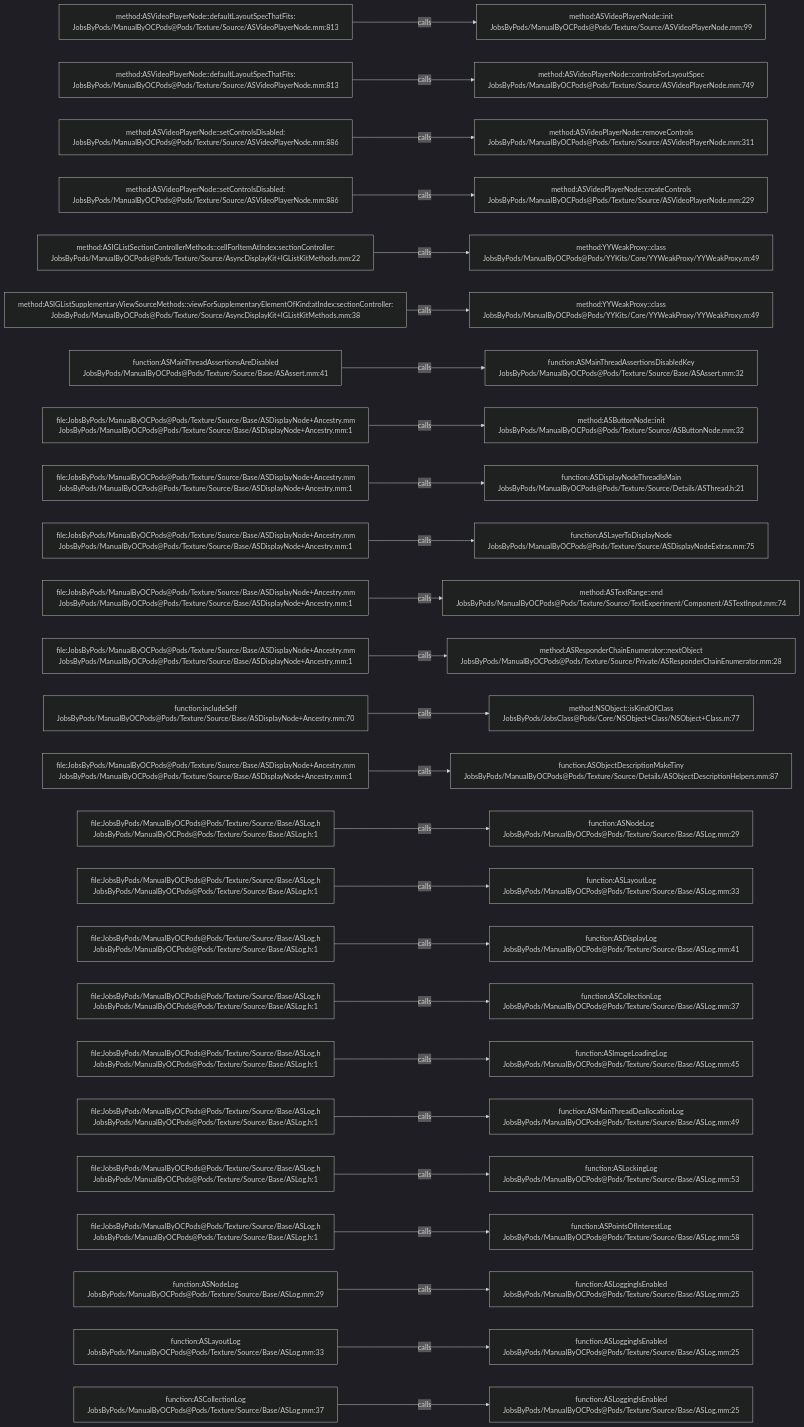
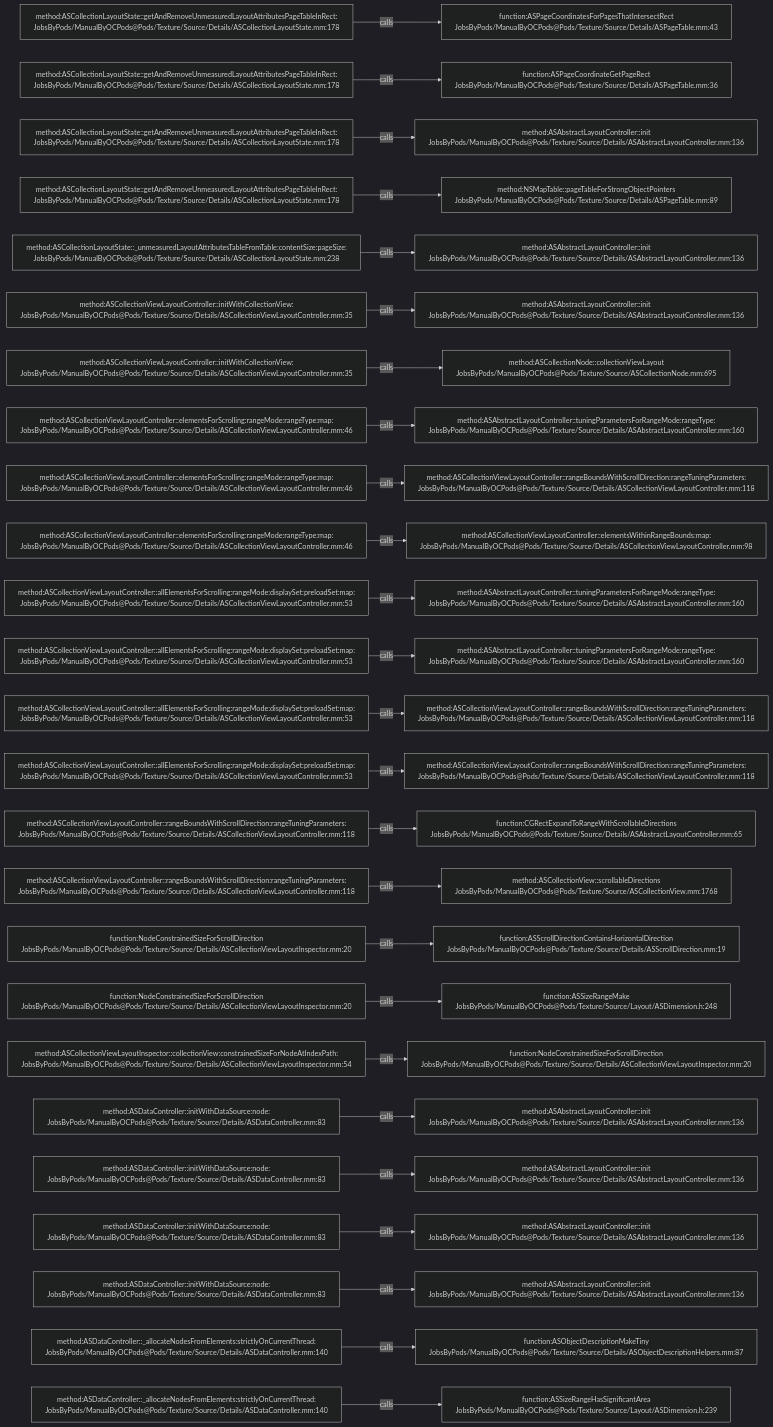
Before and after one commit to JobsKits/JobsOCBaseConfigDemo: the diagram in .codegraph/codegraph.md/graphs/calls-155.md, drawn with Mermaid (dark theme). The commit also changed 1223 other files, not shown here.

````diff
--- a/.codegraph/codegraph.md/graphs/calls-155.md
+++ b/.codegraph/codegraph.md/graphs/calls-155.md
@@ -13,78 +13,78 @@
 ```mermaid
 flowchart LR
-  S1["method:ASVideoPlayerNode::defaultLayoutSpecThatFits:<br/>JobsByPods/ManualByOCPods@Pods/Texture/Source/ASVideoPlayerNode.mm:813"]
-  T1["method:ASVideoPlayerNode::init<br/>JobsByPods/ManualByOCPods@Pods/Texture/Source/ASVideoPlayerNode.mm:99"]
+  S1["method:ASCollectionLayoutState::getAndRemoveUnmeasuredLayoutAttributesPageTableInRect:<br/>JobsByPods/ManualByOCPods@Pods/Texture/Source/Details/ASCollectionLayoutState.mm:178"]
+  T1["function:ASPageCoordinatesForPagesThatIntersectRect<br/>JobsByPods/ManualByOCPods@Pods/Texture/Source/Details/ASPageTable.mm:43"]
   S1 -->|calls| T1
-  S2["method:ASVideoPlayerNode::defaultLayoutSpecThatFits:<br/>JobsByPods/ManualByOCPods@Pods/Texture/Source/ASVideoPlayerNode.mm:813"]
-  T2["method:ASVideoPlayerNode::controlsForLayoutSpec<br/>JobsByPods/ManualByOCPods@Pods/Texture/Source/ASVideoPlayerNode.mm:749"]
+  S2["method:ASCollectionLayoutState::getAndRemoveUnmeasuredLayoutAttributesPageTableInRect:<br/>JobsByPods/ManualByOCPods@Pods/Texture/Source/Details/ASCollectionLayoutState.mm:178"]
+  T2["function:ASPageCoordinateGetPageRect<br/>JobsByPods/ManualByOCPods@Pods/Texture/Source/Details/ASPageTable.mm:36"]
   S2 -->|calls| T2
-  S3["method:ASVideoPlayerNode::setControlsDisabled:<br/>JobsByPods/ManualByOCPods@Pods/Texture/Source/ASVideoPlayerNode.mm:886"]
-  T3["method:ASVideoPlayerNode::removeControls<br/>JobsByPods/ManualByOCPods@Pods/Texture/Source/ASVideoPlayerNode.mm:311"]
+  S3["method:ASCollectionLayoutState::getAndRemoveUnmeasuredLayoutAttributesPageTableInRect:<br/>JobsByPods/ManualByOCPods@Pods/Texture/Source/Details/ASCollectionLayoutState.mm:178"]
+  T3["method:ASAbstractLayoutController::init<br/>JobsByPods/ManualByOCPods@Pods/Texture/Source/Details/ASAbstractLayoutController.mm:136"]
   S3 -->|calls| T3
-  S4["method:ASVideoPlayerNode::setControlsDisabled:<br/>JobsByPods/ManualByOCPods@Pods/Texture/Source/ASVideoPlayerNode.mm:886"]
-  T4["method:ASVideoPlayerNode::createControls<br/>JobsByPods/ManualByOCPods@Pods/Texture/Source/ASVideoPlayerNode.mm:229"]
+  S4["method:ASCollectionLayoutState::getAndRemoveUnmeasuredLayoutAttributesPageTableInRect:<br/>JobsByPods/ManualByOCPods@Pods/Texture/Source/Details/ASCollectionLayoutState.mm:178"]
+  T4["method:NSMapTable::pageTableForStrongObjectPointers<br/>JobsByPods/ManualByOCPods@Pods/Texture/Source/Details/ASPageTable.mm:89"]
   S4 -->|calls| T4
-  S5["method:ASIGListSectionControllerMethods::cellForItemAtIndex:sectionController:<br/>JobsByPods/ManualByOCPods@Pods/Texture/Source/AsyncDisplayKit+IGListKitMethods.mm:22"]
-  T5["method:YYWeakProxy::class<br/>JobsByPods/ManualByOCPods@Pods/YYKits/Core/YYWeakProxy/YYWeakProxy.m:49"]
+  S5["method:ASCollectionLayoutState::_unmeasuredLayoutAttributesTableFromTable:contentSize:pageSize:<br/>JobsByPods/ManualByOCPods@Pods/Texture/Source/Details/ASCollectionLayoutState.mm:238"]
+  T5["method:ASAbstractLayoutController::init<br/>JobsByPods/ManualByOCPods@Pods/Texture/Source/Details/ASAbstractLayoutController.mm:136"]
   S5 -->|calls| T5
-  S6["method:ASIGListSupplementaryViewSourceMethods::viewForSupplementaryElementOfKind:atIndex:sectionController:<br/>JobsByPods/ManualByOCPods@Pods/Texture/Source/AsyncDisplayKit+IGListKitMethods.mm:38"]
-  T6["method:YYWeakProxy::class<br/>JobsByPods/ManualByOCPods@Pods/YYKits/Core/YYWeakProxy/YYWeakProxy.m:49"]
+  S6["method:ASCollectionViewLayoutController::initWithCollectionView:<br/>JobsByPods/ManualByOCPods@Pods/Texture/Source/Details/ASCollectionViewLayoutController.mm:35"]
+  T6["method:ASAbstractLayoutController::init<br/>JobsByPods/ManualByOCPods@Pods/Texture/Source/Details/ASAbstractLayoutController.mm:136"]
   S6 -->|calls| T6
-  S7["function:ASMainThreadAssertionsAreDisabled<br/>JobsByPods/ManualByOCPods@Pods/Texture/Source/Base/ASAssert.mm:41"]
-  T7["function:ASMainThreadAssertionsDisabledKey<br/>JobsByPods/ManualByOCPods@Pods/Texture/Source/Base/ASAssert.mm:32"]
+  S7["method:ASCollectionViewLayoutController::initWithCollectionView:<br/>JobsByPods/ManualByOCPods@Pods/Texture/Source/Details/ASCollectionViewLayoutController.mm:35"]
+  T7["method:ASCollectionNode::collectionViewLayout<br/>JobsByPods/ManualByOCPods@Pods/Texture/Source/ASCollectionNode.mm:695"]
   S7 -->|calls| T7
-  S8["file:JobsByPods/ManualByOCPods@Pods/Texture/Source/Base/ASDisplayNode+Ancestry.mm<br/>JobsByPods/ManualByOCPods@Pods/Texture/Source/Base/ASDisplayNode+Ancestry.mm:1"]
-  T8["method:ASButtonNode::init<br/>JobsByPods/ManualByOCPods@Pods/Texture/Source/ASButtonNode.mm:32"]
+  S8["method:ASCollectionViewLayoutController::elementsForScrolling:rangeMode:rangeType:map:<br/>JobsByPods/ManualByOCPods@Pods/Texture/Source/Details/ASCollectionViewLayoutController.mm:46"]
+  T8["method:ASAbstractLayoutController::tuningParametersForRangeMode:rangeType:<br/>JobsByPods/ManualByOCPods@Pods/Texture/Source/Details/ASAbstractLayoutController.mm:160"]
   S8 -->|calls| T8
-  S9["file:JobsByPods/ManualByOCPods@Pods/Texture/Source/Base/ASDisplayNode+Ancestry.mm<br/>JobsByPods/ManualByOCPods@Pods/Texture/Source/Base/ASDisplayNode+Ancestry.mm:1"]
-  T9["function:ASDisplayNodeThreadIsMain<br/>JobsByPods/ManualByOCPods@Pods/Texture/Source/Details/ASThread.h:21"]
+  S9["method:ASCollectionViewLayoutController::elementsForScrolling:rangeMode:rangeType:map:<br/>JobsByPods/ManualByOCPods@Pods/Texture/Source/Details/ASCollectionViewLayoutController.mm:46"]
+  T9["method:ASCollectionViewLayoutController::rangeBoundsWithScrollDirection:rangeTuningParameters:<br/>JobsByPods/ManualByOCPods@Pods/Texture/Source/Details/ASCollectionViewLayoutController.mm:118"]
   S9 -->|calls| T9
-  S10["file:JobsByPods/ManualByOCPods@Pods/Texture/Source/Base/ASDisplayNode+Ancestry.mm<br/>JobsByPods/ManualByOCPods@Pods/Texture/Source/Base/ASDisplayNode+Ancestry.mm:1"]
-  T10["function:ASLayerToDisplayNode<br/>JobsByPods/ManualByOCPods@Pods/Texture/Source/ASDisplayNodeExtras.mm:75"]
+  S10["method:ASCollectionViewLayoutController::elementsForScrolling:rangeMode:rangeType:map:<br/>JobsByPods/ManualByOCPods@Pods/Texture/Source/Details/ASCollectionViewLayoutController.mm:46"]
+  T10["method:ASCollectionViewLayoutController::elementsWithinRangeBounds:map:<br/>JobsByPods/ManualByOCPods@Pods/Texture/Source/Details/ASCollectionViewLayoutController.mm:98"]
   S10 -->|calls| T10
-  S11["file:JobsByPods/ManualByOCPods@Pods/Texture/Source/Base/ASDisplayNode+Ancestry.mm<br/>JobsByPods/ManualByOCPods@Pods/Texture/Source/Base/ASDisplayNode+Ancestry.mm:1"]
-  T11["method:ASTextRange::end<br/>JobsByPods/ManualByOCPods@Pods/Texture/Source/TextExperiment/Component/ASTextInput.mm:74"]
+  S11["method:ASCollectionViewLayoutController::allElementsForScrolling:rangeMode:displaySet:preloadSet:map:<br/>JobsByPods/ManualByOCPods@Pods/Texture/Source/Details/ASCollectionViewLayoutController.mm:53"]
+  T11["method:ASAbstractLayoutController::tuningParametersForRangeMode:rangeType:<br/>JobsByPods/ManualByOCPods@Pods/Texture/Source/Details/ASAbstractLayoutController.mm:160"]
   S11 -->|calls| T11
-  S12["file:JobsByPods/ManualByOCPods@Pods/Texture/Source/Base/ASDisplayNode+Ancestry.mm<br/>JobsByPods/ManualByOCPods@Pods/Texture/Source/Base/ASDisplayNode+Ancestry.mm:1"]
-  T12["method:ASResponderChainEnumerator::nextObject<br/>JobsByPods/ManualByOCPods@Pods/Texture/Source/Private/ASResponderChainEnumerator.mm:28"]
+  S12["method:ASCollectionViewLayoutController::allElementsForScrolling:rangeMode:displaySet:preloadSet:map:<br/>JobsByPods/ManualByOCPods@Pods/Texture/Source/Details/ASCollectionViewLayoutController.mm:53"]
+  T12["method:ASAbstractLayoutController::tuningParametersForRangeMode:rangeType:<br/>JobsByPods/ManualByOCPods@Pods/Texture/Source/Details/ASAbstractLayoutController.mm:160"]
   S12 -->|calls| T12
-  S13["function:includeSelf<br/>JobsByPods/ManualByOCPods@Pods/Texture/Source/Base/ASDisplayNode+Ancestry.mm:70"]
-  T13["method:NSObject::isKindOfClass<br/>JobsByPods/JobsClass@Pods/Core/NSObject+Class/NSObject+Class.m:77"]
+  S13["method:ASCollectionViewLayoutController::allElementsForScrolling:rangeMode:displaySet:preloadSet:map:<br/>JobsByPods/ManualByOCPods@Pods/Texture/Source/Details/ASCollectionViewLayoutController.mm:53"]
+  T13["method:ASCollectionViewLayoutController::rangeBoundsWithScrollDirection:rangeTuningParameters:<br/>JobsByPods/ManualByOCPods@Pods/Texture/Source/Details/ASCollectionViewLayoutController.mm:118"]
   S13 -->|calls| T13
-  S14["file:JobsByPods/ManualByOCPods@Pods/Texture/Source/Base/ASDisplayNode+Ancestry.mm<br/>JobsByPods/ManualByOCPods@Pods/Texture/Source/Base/ASDisplayNode+Ancestry.mm:1"]
-  T14["function:ASObjectDescriptionMakeTiny<br/>JobsByPods/ManualByOCPods@Pods/Texture/Source/Details/ASObjectDescriptionHelpers.mm:87"]
+  S14["method:ASCollectionViewLayoutController::allElementsForScrolling:rangeMode:displaySet:preloadSet:map:<br/>JobsByPods/ManualByOCPods@Pods/Texture/Source/Details/ASCollectionViewLayoutController.mm:53"]
+  T14["method:ASCollectionViewLayoutController::rangeBoundsWithScrollDirection:rangeTuningParameters:<br/>JobsByPods/ManualByOCPods@Pods/Texture/Source/Details/ASCollectionViewLayoutController.mm:118"]
   S14 -->|calls| T14
-  S15["file:JobsByPods/ManualByOCPods@Pods/Texture/Source/Base/ASLog.h<br/>JobsByPods/ManualByOCPods@Pods/Texture/Source/Base/ASLog.h:1"]
-  T15["function:ASNodeLog<br/>JobsByPods/ManualByOCPods@Pods/Texture/Source/Base/ASLog.mm:29"]
+  S15["method:ASCollectionViewLayoutController::rangeBoundsWithScrollDirection:rangeTuningParameters:<br/>JobsByPods/ManualByOCPods@Pods/Texture/Source/Details/ASCollectionViewLayoutController.mm:118"]
+  T15["function:CGRectExpandToRangeWithScrollableDirections<br/>JobsByPods/ManualByOCPods@Pods/Texture/Source/Details/ASAbstractLayoutController.mm:65"]
   S15 -->|calls| T15
-  S16["file:JobsByPods/ManualByOCPods@Pods/Texture/Source/Base/ASLog.h<br/>JobsByPods/ManualByOCPods@Pods/Texture/Source/Base/ASLog.h:1"]
-  T16["function:ASLayoutLog<br/>JobsByPods/ManualByOCPods@Pods/Texture/Source/Base/ASLog.mm:33"]
+  S16["method:ASCollectionViewLayoutController::rangeBoundsWithScrollDirection:rangeTuningParameters:<br/>JobsByPods/ManualByOCPods@Pods/Texture/Source/Details/ASCollectionViewLayoutController.mm:118"]
+  T16["method:ASCollectionView::scrollableDirections<br/>JobsByPods/ManualByOCPods@Pods/Texture/Source/ASCollectionView.mm:1768"]
   S16 -->|calls| T16
-  S17["file:JobsByPods/ManualByOCPods@Pods/Texture/Source/Base/ASLog.h<br/>JobsByPods/ManualByOCPods@Pods/Texture/Source/Base/ASLog.h:1"]
-  T17["function:ASDisplayLog<br/>JobsByPods/ManualByOCPods@Pods/Texture/Source/Base/ASLog.mm:41"]
+  S17["function:NodeConstrainedSizeForScrollDirection<br/>JobsByPods/ManualByOCPods@Pods/Texture/Source/Details/ASCollectionViewLayoutInspector.mm:20"]
+  T17["function:ASScrollDirectionContainsHorizontalDirection<br/>JobsByPods/ManualByOCPods@Pods/Texture/Source/Details/ASScrollDirection.mm:19"]
   S17 -->|calls| T17
-  S18["file:JobsByPods/ManualByOCPods@Pods/Texture/Source/Base/ASLog.h<br/>JobsByPods/ManualByOCPods@Pods/Texture/Source/Base/ASLog.h:1"]
-  T18["function:ASCollectionLog<br/>JobsByPods/ManualByOCPods@Pods/Texture/Source/Base/ASLog.mm:37"]
+  S18["function:NodeConstrainedSizeForScrollDirection<br/>JobsByPods/ManualByOCPods@Pods/Texture/Source/Details/ASCollectionViewLayoutInspector.mm:20"]
+  T18["function:ASSizeRangeMake<br/>JobsByPods/ManualByOCPods@Pods/Texture/Source/Layout/ASDimension.h:248"]
   S18 -->|calls| T18
-  S19["file:JobsByPods/ManualByOCPods@Pods/Texture/Source/Base/ASLog.h<br/>JobsByPods/ManualByOCPods@Pods/Texture/Source/Base/ASLog.h:1"]
-  T19["function:ASImageLoadingLog<br/>JobsByPods/ManualByOCPods@Pods/Texture/Source/Base/ASLog.mm:45"]
+  S19["method:ASCollectionViewLayoutInspector::collectionView:constrainedSizeForNodeAtIndexPath:<br/>JobsByPods/ManualByOCPods@Pods/Texture/Source/Details/ASCollectionViewLayoutInspector.mm:54"]
+  T19["function:NodeConstrainedSizeForScrollDirection<br/>JobsByPods/ManualByOCPods@Pods/Texture/Source/Details/ASCollectionViewLayoutInspector.mm:20"]
   S19 -->|calls| T19
-  S20["file:JobsByPods/ManualByOCPods@Pods/Texture/Source/Base/ASLog.h<br/>JobsByPods/ManualByOCPods@Pods/Texture/Source/Base/ASLog.h:1"]
-  T20["function:ASMainThreadDeallocationLog<br/>JobsByPods/ManualByOCPods@Pods/Texture/Source/Base/ASLog.mm:49"]
+  S20["method:ASDataController::initWithDataSource:node:<br/>JobsByPods/ManualByOCPods@Pods/Texture/Source/Details/ASDataController.mm:83"]
+  T20["method:ASAbstractLayoutController::init<br/>JobsByPods/ManualByOCPods@Pods/Texture/Source/Details/ASAbstractLayoutController.mm:136"]
   S20 -->|calls| T20
-  S21["file:JobsByPods/ManualByOCPods@Pods/Texture/Source/Base/ASLog.h<br/>JobsByPods/ManualByOCPods@Pods/Texture/Source/Base/ASLog.h:1"]
-  T21["function:ASLockingLog<br/>JobsByPods/ManualByOCPods@Pods/Texture/Source/Base/ASLog.mm:53"]
+  S21["method:ASDataController::initWithDataSource:node:<br/>JobsByPods/ManualByOCPods@Pods/Texture/Source/Details/ASDataController.mm:83"]
+  T21["method:ASAbstractLayoutController::init<br/>JobsByPods/ManualByOCPods@Pods/Texture/Source/Details/ASAbstractLayoutController.mm:136"]
   S21 -->|calls| T21
-  S22["file:JobsByPods/ManualByOCPods@Pods/Texture/Source/Base/ASLog.h<br/>JobsByPods/ManualByOCPods@Pods/Texture/Source/Base/ASLog.h:1"]
-  T22["function:ASPointsOfInterestLog<br/>JobsByPods/ManualByOCPods@Pods/Texture/Source/Base/ASLog.mm:58"]
+  S22["method:ASDataController::initWithDataSource:node:<br/>JobsByPods/ManualByOCPods@Pods/Texture/Source/Details/ASDataController.mm:83"]
+  T22["method:ASAbstractLayoutController::init<br/>JobsByPods/ManualByOCPods@Pods/Texture/Source/Details/ASAbstractLayoutController.mm:136"]
   S22 -->|calls| T22
-  S23["function:ASNodeLog<br/>JobsByPods/ManualByOCPods@Pods/Texture/Source/Base/ASLog.mm:29"]
-  T23["function:ASLoggingIsEnabled<br/>JobsByPods/ManualByOCPods@Pods/Texture/Source/Base/ASLog.mm:25"]
+  S23["method:ASDataController::initWithDataSource:node:<br/>JobsByPods/ManualByOCPods@Pods/Texture/Source/Details/ASDataController.mm:83"]
+  T23["method:ASAbstractLayoutController::init<br/>JobsByPods/ManualByOCPods@Pods/Texture/Source/Details/ASAbstractLayoutController.mm:136"]
   S23 -->|calls| T23
-  S24["function:ASLayoutLog<br/>JobsByPods/ManualByOCPods@Pods/Texture/Source/Base/ASLog.mm:33"]
-  T24["function:ASLoggingIsEnabled<br/>JobsByPods/ManualByOCPods@Pods/Texture/Source/Base/ASLog.mm:25"]
+  S24["method:ASDataController::_allocateNodesFromElements:strictlyOnCurrentThread:<br/>JobsByPods/ManualByOCPods@Pods/Texture/Source/Details/ASDataController.mm:140"]
+  T24["function:ASObjectDescriptionMakeTiny<br/>JobsByPods/ManualByOCPods@Pods/Texture/Source/Details/ASObjectDescriptionHelpers.mm:87"]
   S24 -->|calls| T24
-  S25["function:ASCollectionLog<br/>JobsByPods/ManualByOCPods@Pods/Texture/Source/Base/ASLog.mm:37"]
-  T25["function:ASLoggingIsEnabled<br/>JobsByPods/ManualByOCPods@Pods/Texture/Source/Base/ASLog.mm:25"]
+  S25["method:ASDataController::_allocateNodesFromElements:strictlyOnCurrentThread:<br/>JobsByPods/ManualByOCPods@Pods/Texture/Source/Details/ASDataController.mm:140"]
+  T25["function:ASSizeRangeHasSignificantArea<br/>JobsByPods/ManualByOCPods@Pods/Texture/Source/Layout/ASDimension.h:239"]
   S25 -->|calls| T25
 ```
````
